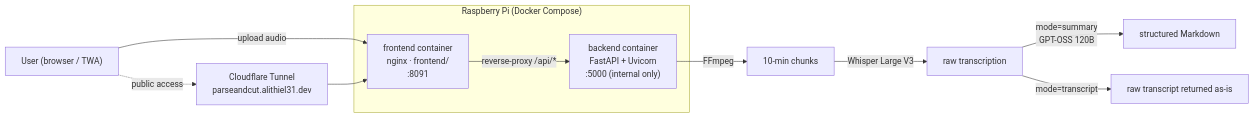
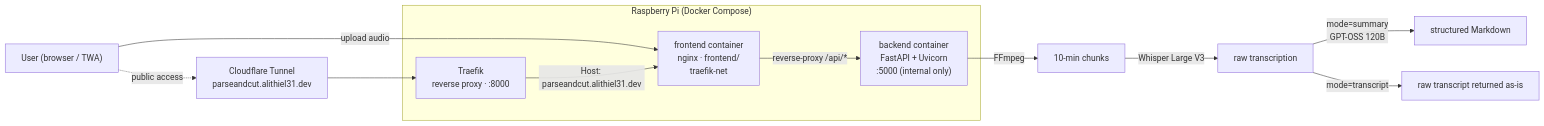
Before and after one commit to Alithiel31/ParseAndCutV2: the diagram in README.md, drawn with Mermaid. The commit also changed other lines of this file and 2 other files, not shown here.

Commit message:
update : main documentation & deploy part adding traefik notion

````diff
--- a/README.md
+++ b/README.md
@@ -65,18 +65,20 @@
 ```mermaid
 flowchart LR
     U["User (browser / TWA)"] -->|upload audio| FE
 
     subgraph Pi["Raspberry Pi (Docker Compose)"]
-        FE["frontend container<br/>nginx · frontend/<br/>:8091"]
+        TRA["Traefik<br/>reverse proxy · :8000"]
+        FE["frontend container<br/>nginx · frontend/<br/>traefik-net"]
         BE["backend container<br/>FastAPI + Uvicorn<br/>:5000 (internal only)"]
+        TRA -->|"Host: parseandcut.alithiel31.dev"| FE
         FE -->|reverse-proxy /api/*| BE
     end
 
     BE -->|FFmpeg| CHUNK["10-min chunks"]
     CHUNK -->|Whisper Large V3| TXT["raw transcription"]
     TXT -->|"mode=summary"<br/>GPT-OSS 120B| MD["structured Markdown"]
     TXT -->|"mode=transcript"| RAW["raw transcript returned as-is"]
 
-    TUN["Cloudflare Tunnel<br/>parseandcut.alithiel31.dev"] --> FE
+    TUN["Cloudflare Tunnel<br/>parseandcut.alithiel31.dev"] --> TRA
     U -.->|public access| TUN
 ```
````
